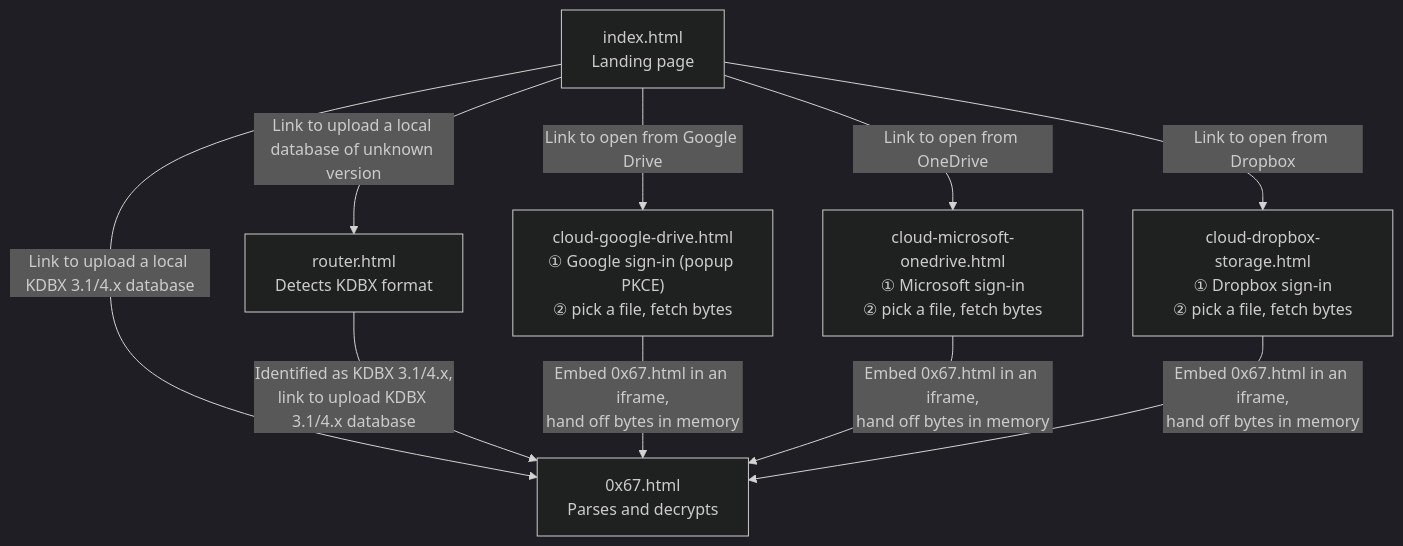
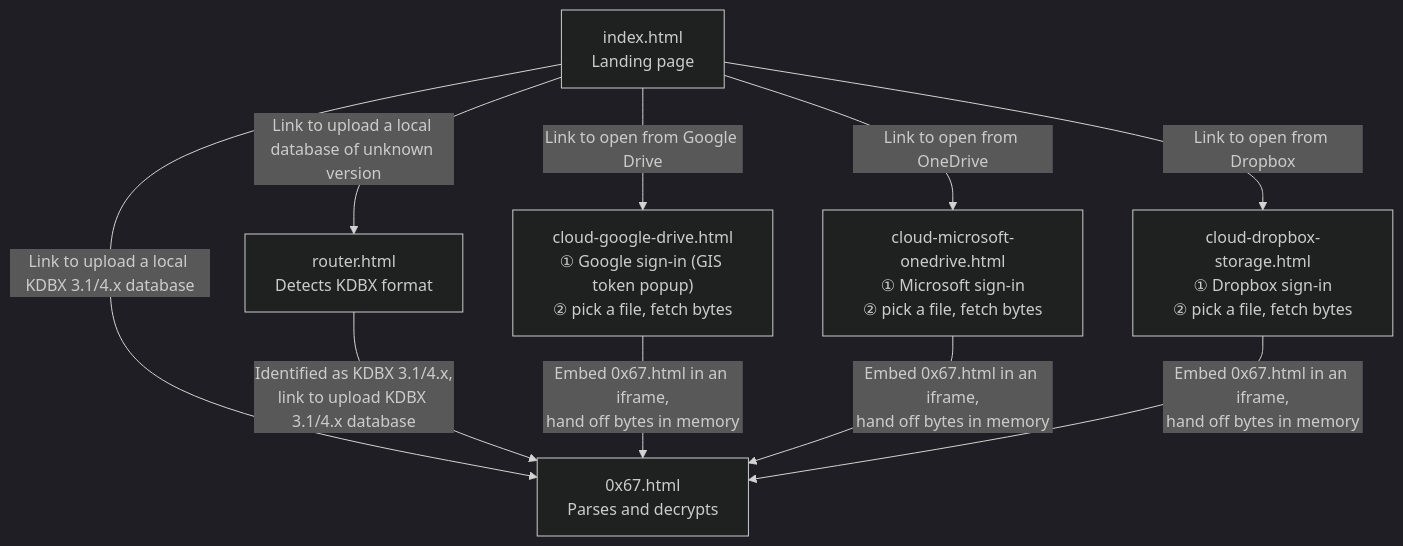
Before and after one commit to keepass-web/source-application: the diagram in docs/PAGES.md, drawn with Mermaid (dark theme). The commit also changed other lines of this file and 7 other files, not shown here.

Commit message:
feat(google):use Google Identify Services instead of hand rolled PKCE

````diff
--- a/docs/PAGES.md
+++ b/docs/PAGES.md
@@ -18,16 +18,16 @@
 ```mermaid
 flowchart TD
     INDEX["index.html<br/>Landing page"]
 
     INDEX -->|"Link to upload a local database of unknown version"| ROUTER["router.html<br/>Detects KDBX format"]
     INDEX -->|"Link to upload a local KDBX 3.1/4.x database"| APP["0x67.html<br/>Parses and decrypts"]
     ROUTER -->|"Identified as KDBX 3.1/4.x,<br/>link to upload KDBX 3.1/4.x database"| APP
 
-    INDEX -->|"Link to open from Google Drive"| DRIVE["cloud-google-drive.html<br/>① Google sign-in (popup PKCE)<br/>② pick a file, fetch bytes"]
+    INDEX -->|"Link to open from Google Drive"| DRIVE["cloud-google-drive.html<br/>① Google sign-in (GIS token popup)<br/>② pick a file, fetch bytes"]
     INDEX -->|"Link to open from OneDrive"| ONEDRIVE["cloud-microsoft-onedrive.html<br/>① Microsoft sign-in<br/>② pick a file, fetch bytes"]
     INDEX -->|"Link to open from Dropbox"| DROPBOX["cloud-dropbox-storage.html<br/>① Dropbox sign-in<br/>② pick a file, fetch bytes"]
 
     DRIVE -->|"Embed 0x67.html in an iframe,<br/>hand off bytes in memory"| APP
     ONEDRIVE -->|"Embed 0x67.html in an iframe,<br/>hand off bytes in memory"| APP
     DROPBOX -->|"Embed 0x67.html in an iframe,<br/>hand off bytes in memory"| APP
 ```
````
